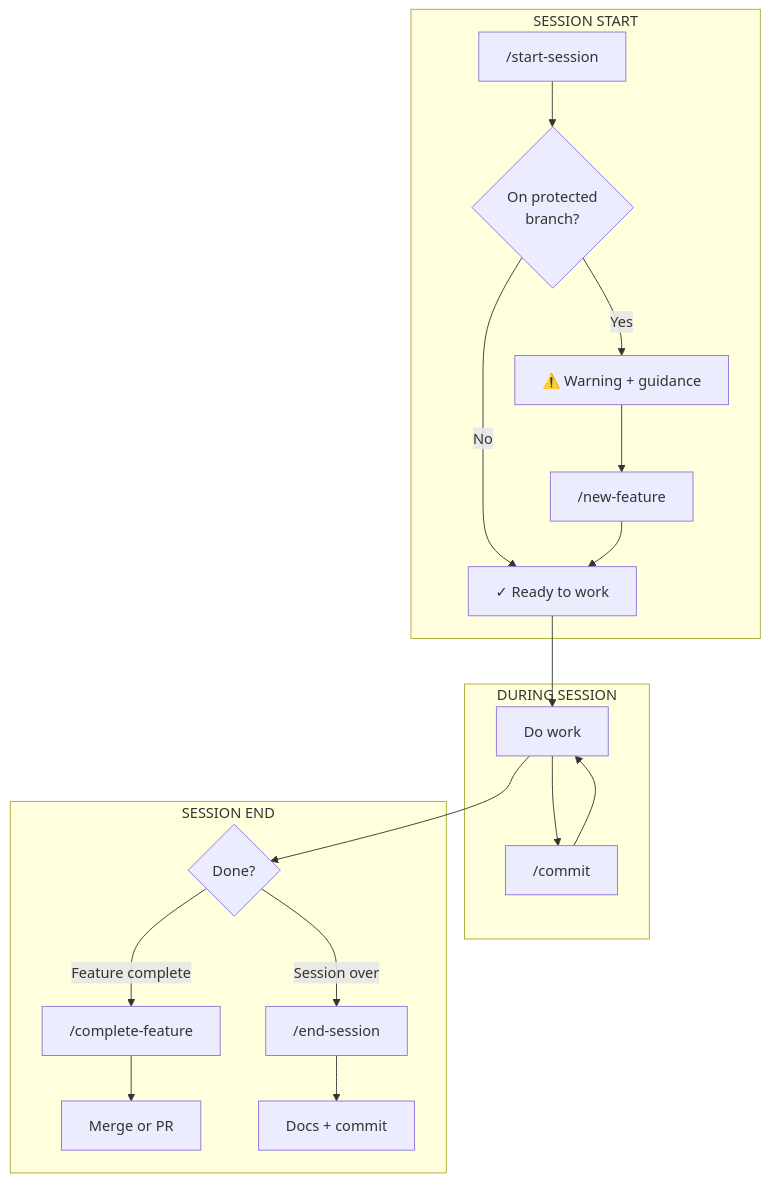
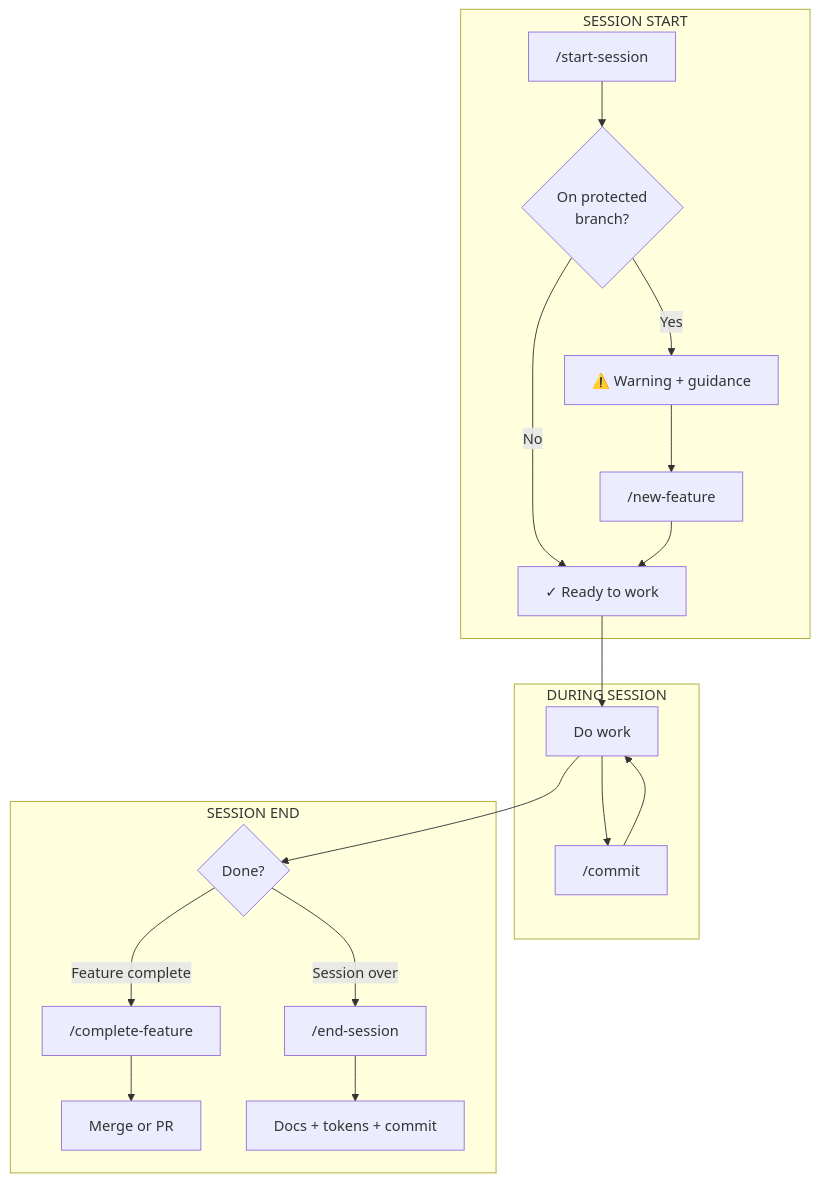
One commit to Squared-Lemons/Squared-Agent changed the diagram in templates/workflows/Session-Git-Workflow.md. Above: the diagram before and after it, drawn with Mermaid. The commit also changed other lines of this file and 5 other files, not shown here.

````diff
--- a/templates/workflows/Session-Git-Workflow.md
+++ b/templates/workflows/Session-Git-Workflow.md
@@ -13,24 +13,24 @@
 ```mermaid
 flowchart TB
     subgraph Start["SESSION START"]
         A["/start-session"] --> B{"On protected<br/>branch?"}
         B -->|Yes| C["⚠️ Warning + guidance"]
         B -->|No| D["✓ Ready to work"]
         C --> E["/new-feature"]
         E --> D
     end
 
     subgraph Work["DURING SESSION"]
         D --> F["Do work"]
         F --> G["/commit"]
         G --> F
     end
 
     subgraph End["SESSION END"]
         F --> H{Done?}
         H -->|Feature complete| I["/complete-feature"]
         H -->|Session over| J["/end-session"]
         I --> K["Merge or PR"]
-        J --> L["Docs + commit"]
+        J --> L["Docs + tokens + commit"]
     end
 ```
````
